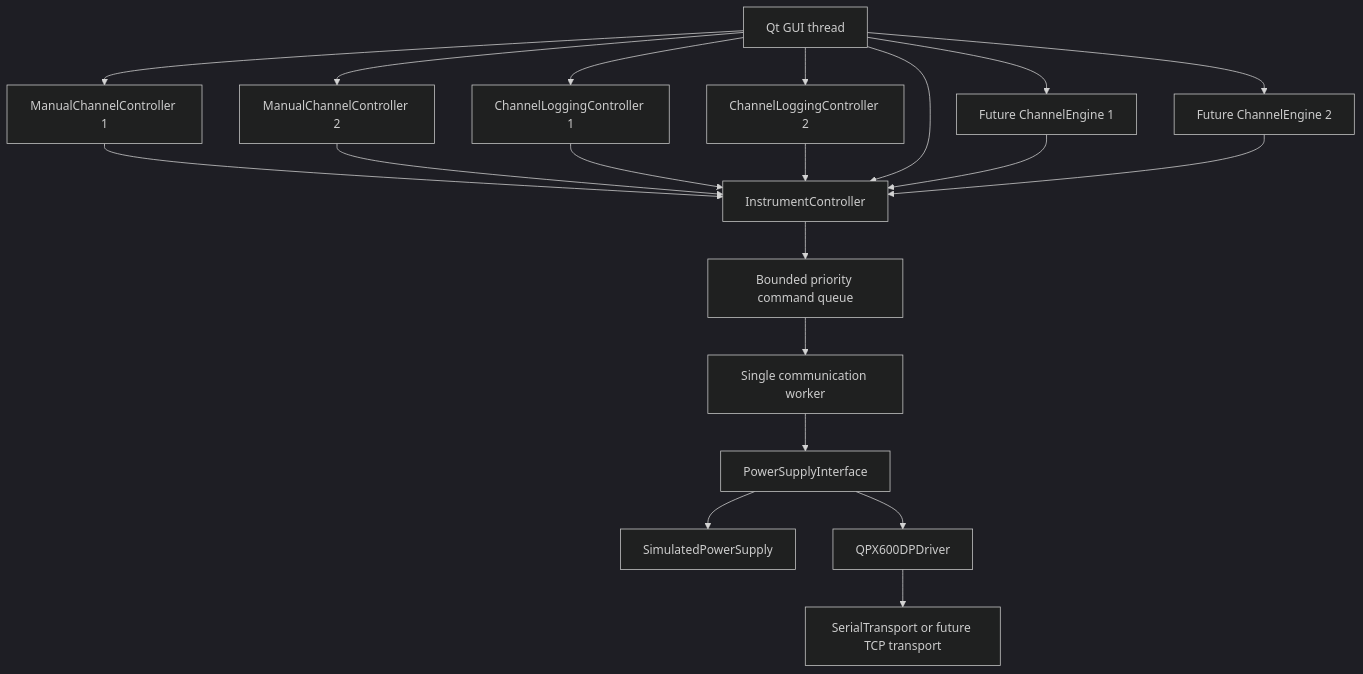
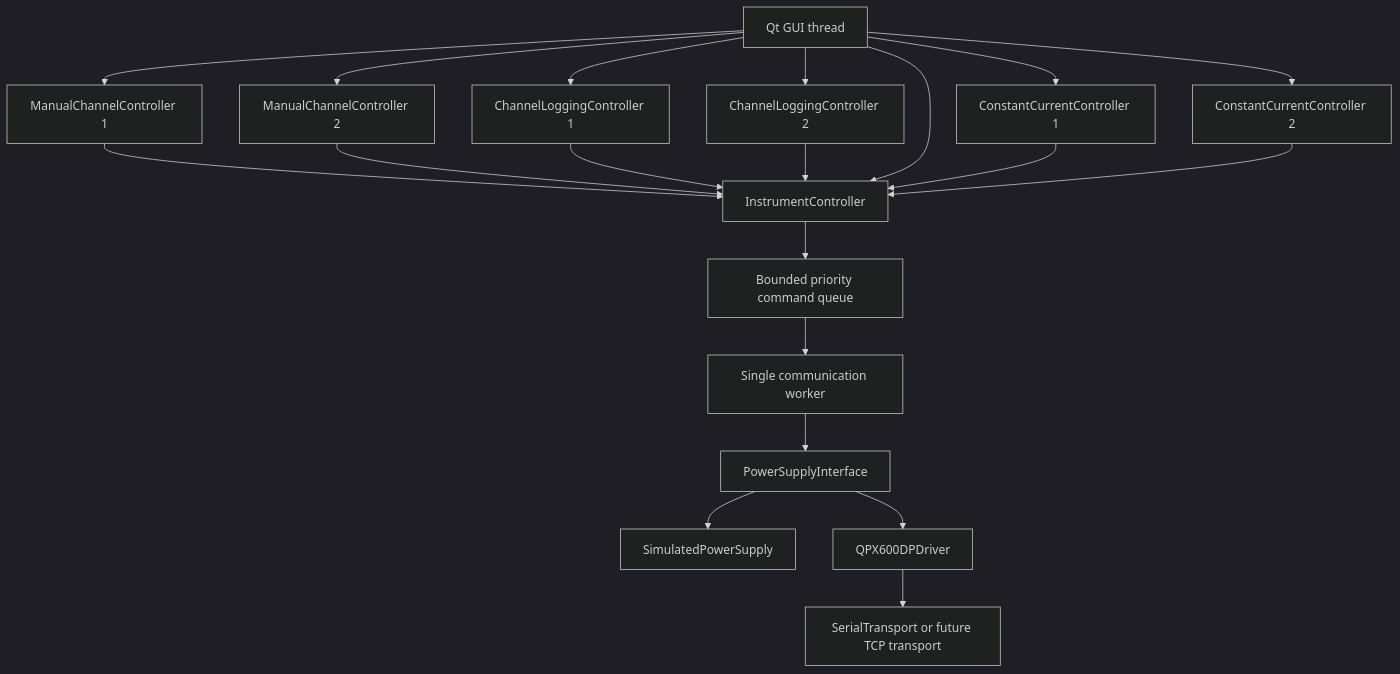
The diagram in docs/architecture.md (luna1234-crypto/qpx600dp-electrolyser-control), drawn with Mermaid (dark theme) before and after one commit. The commit also changed other lines of this file and 17 other files, not shown here.

Commit message:
milestone 9: add constant current protocol

````diff
--- a/docs/architecture.md
+++ b/docs/architecture.md
@@ -17,22 +17,22 @@
 ```mermaid
 flowchart TD
     GUI["Qt GUI thread"] --> C1["ManualChannelController 1"]
     GUI --> C2["ManualChannelController 2"]
     GUI --> L1["ChannelLoggingController 1"]
     GUI --> L2["ChannelLoggingController 2"]
     C1 --> IC
     C2 --> IC
     L1 --> IC
     L2 --> IC
-    GUI --> E1["Future ChannelEngine 1"]
-    GUI --> E2["Future ChannelEngine 2"]
+    GUI --> E1["ConstantCurrentController 1"]
+    GUI --> E2["ConstantCurrentController 2"]
     GUI --> IC["InstrumentController"]
     E1 --> IC
     E2 --> IC
     IC --> Q["Bounded priority command queue"]
     Q --> W["Single communication worker"]
     W --> API["PowerSupplyInterface"]
     API --> SIM["SimulatedPowerSupply"]
     API --> QPX["QPX600DPDriver"]
     QPX --> T["SerialTransport or future TCP transport"]
 ```
````
